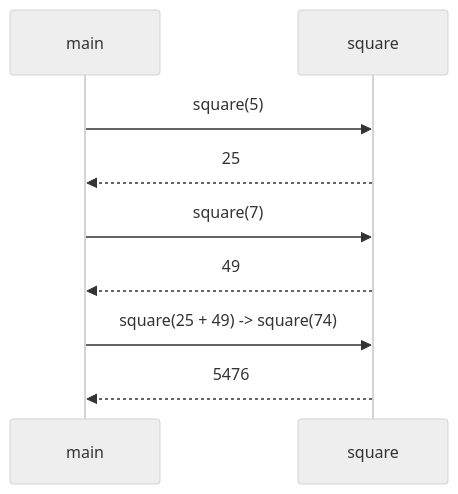
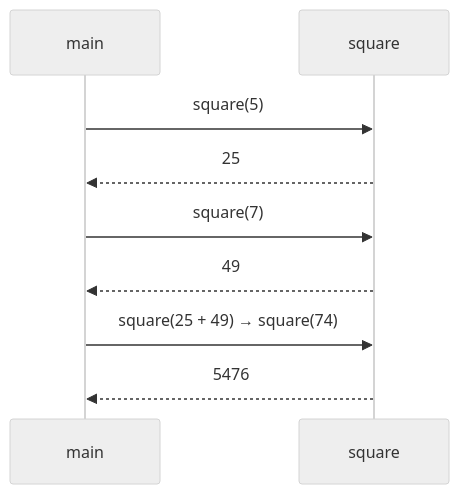
One commit to dataslope/dataslope changed the second of 2 diagrams in content/courses/java-programming-for-beginners/methods-and-modularity.mdx. Above: the diagram before and after it, drawn with Mermaid (neutral theme). The commit also changed 16 other files, not shown here.

First line of the commit message:
Add charts to six more courses, and fix the mermaid arrows

````diff
--- a/content/courses/java-programming-for-beginners/methods-and-modularity.mdx
+++ b/content/courses/java-programming-for-beginners/methods-and-modularity.mdx
@@ -100,11 +100,11 @@
 ```mermaid
 sequenceDiagram
     participant main
     participant square
     main->>square: square(5)
     square-->>main: 25
     main->>square: square(7)
     square-->>main: 49
-    main->>square: square(25 + 49) -> square(74)
+    main->>square: square(25 + 49) → square(74)
     square-->>main: 5476
 ```
````
